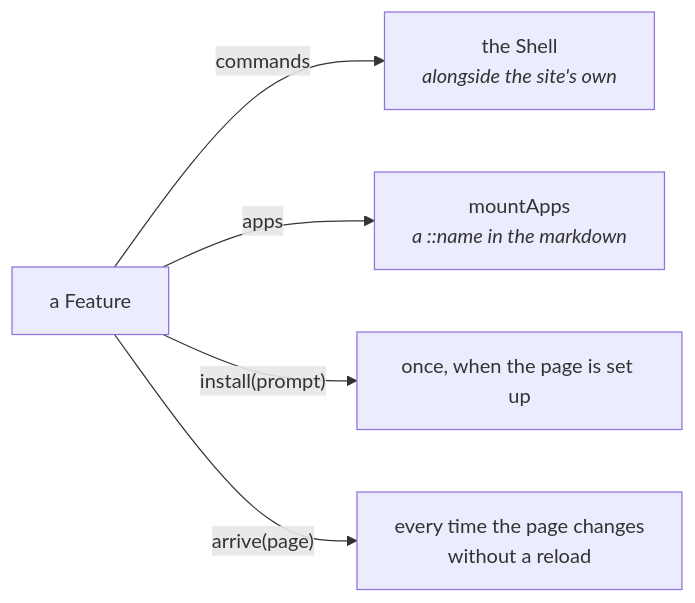
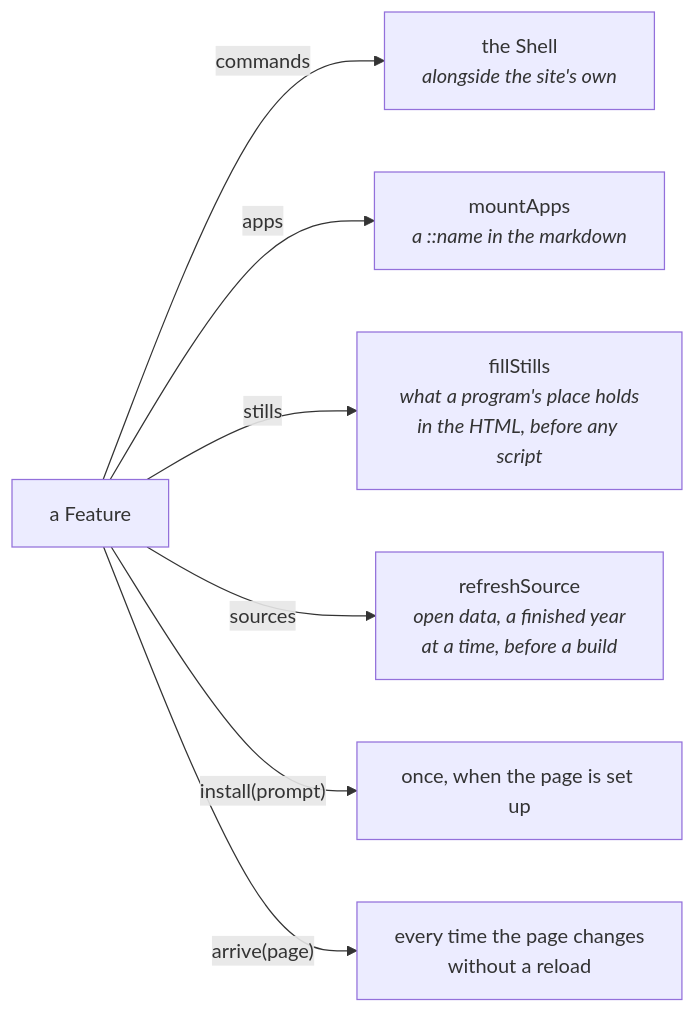
One commit to drpicox/david-rodenas.com changed the third of 6 diagrams in ARCHITECTURE.md. Above: the diagram before and after it, drawn with Mermaid. The commit also changed other lines of this file and 6 other files, not shown here.

````diff
--- a/ARCHITECTURE.md
+++ b/ARCHITECTURE.md
@@ -68,9 +68,11 @@
 ```mermaid
 graph LR
   feature["a Feature"]
 
   feature -- "commands" --> shell["the Shell<br/><i>alongside the site's own</i>"]
   feature -- "apps" --> apps["mountApps<br/><i>a ::name in the markdown</i>"]
+  feature -- "stills" --> stills["fillStills<br/><i>what a program's place holds<br/>in the HTML, before any script</i>"]
+  feature -- "sources" --> sources["refreshSource<br/><i>open data, a finished year<br/>at a time, before a build</i>"]
   feature -- "install(prompt)" --> once["once, when the page is set up"]
   feature -- "arrive(page)" --> moved["every time the page changes<br/>without a reload"]
 ```
````
